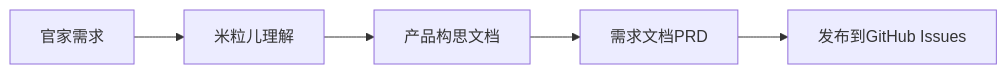
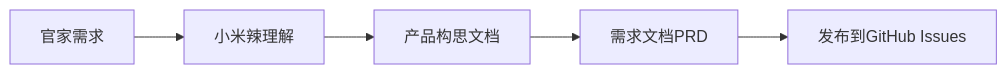
One commit to zhaog100/openclaw-skills changed the first of 6 diagrams in docs/DUAL_MILI_SYSTEM_V3_INTEGRATED.md. Above: the diagram before and after it, drawn with Mermaid. The commit also changed other lines of this file and 107 other files, not shown here.

````diff
--- a/docs/DUAL_MILI_SYSTEM_V3_INTEGRATED.md
+++ b/docs/DUAL_MILI_SYSTEM_V3_INTEGRATED.md
@@ -66,7 +66,7 @@
 ```mermaid
 graph LR
-    A[官家需求] --> B[米粒儿理解]
+    A[官家需求] --> B[小米辣理解]
     B --> C[产品构思文档]
     C --> D[需求文档PRD]
     D --> E[发布到GitHub Issues]
 ```
````
